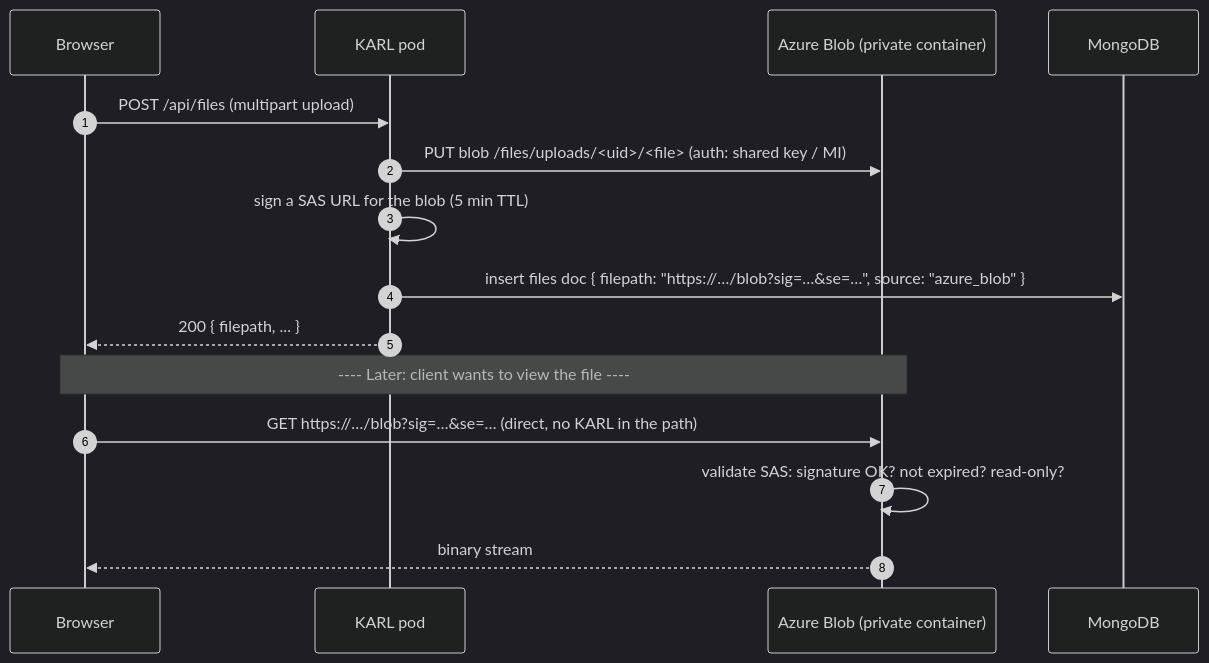
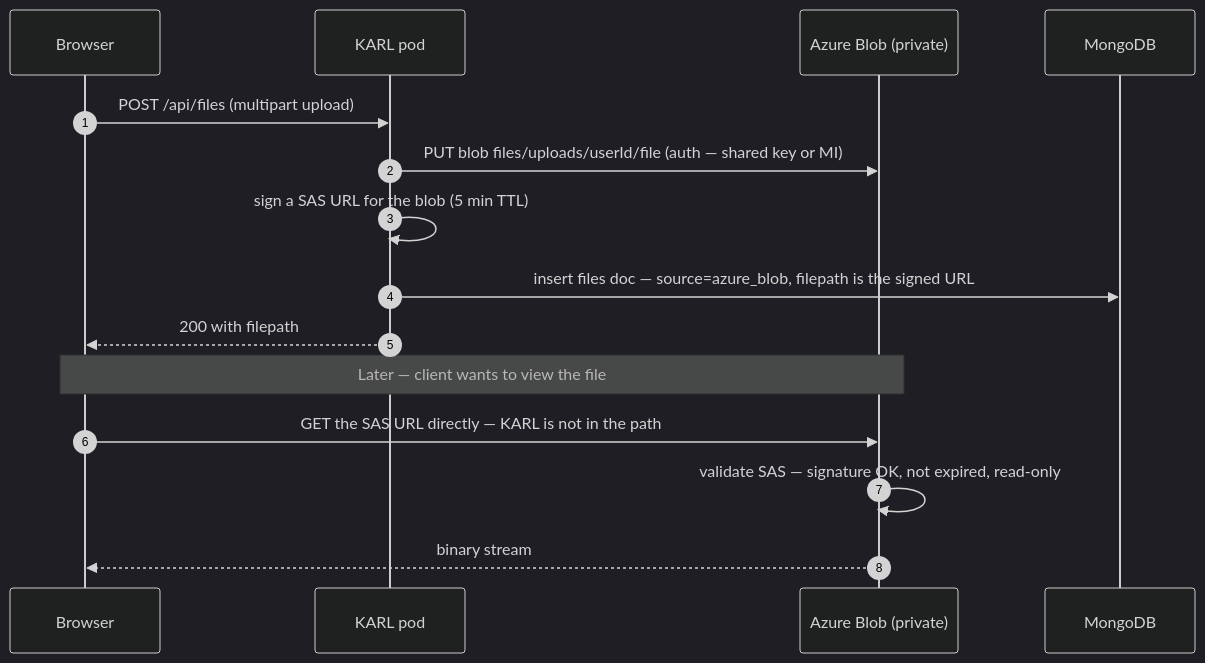
The second of 7 diagrams in knauf/docs/reference/azure-blob-storage.md (Falenos/LibreChat), drawn with Mermaid (dark theme) before and after one commit. The commit also changed other lines of this file, not shown here.

First line of the commit message:
docs(knauf): KK20-167 fix mermaid parse errors in Azure flows doc

````diff
--- a/knauf/docs/reference/azure-blob-storage.md
+++ b/knauf/docs/reference/azure-blob-storage.md
@@ -59,20 +59,20 @@
 ```mermaid
 sequenceDiagram
   autonumber
   participant U as Browser
   participant K as KARL pod
-  participant AZ as Azure Blob (private container)
+  participant AZ as Azure Blob (private)
   participant M as MongoDB
 
   U->>K: POST /api/files (multipart upload)
-  K->>AZ: PUT blob /files/uploads/<uid>/<file>  (auth: shared key / MI)
+  K->>AZ: PUT blob files/uploads/userId/file (auth — shared key or MI)
   K->>K: sign a SAS URL for the blob (5 min TTL)
-  K->>M: insert files doc { filepath: "https://…/blob?sig=…&se=…", source: "azure_blob" }
-  K-->>U: 200 { filepath, ... }
+  K->>M: insert files doc — source=azure_blob, filepath is the signed URL
+  K-->>U: 200 with filepath
 
-  Note over U,AZ: ---- Later: client wants to view the file ----
+  Note over U,AZ: Later — client wants to view the file
 
-  U->>AZ: GET https://…/blob?sig=…&se=…  (direct, no KARL in the path)
-  AZ->>AZ: validate SAS: signature OK? not expired? read-only?
+  U->>AZ: GET the SAS URL directly — KARL is not in the path
+  AZ->>AZ: validate SAS — signature OK, not expired, read-only
   AZ-->>U: binary stream
 ```
````
